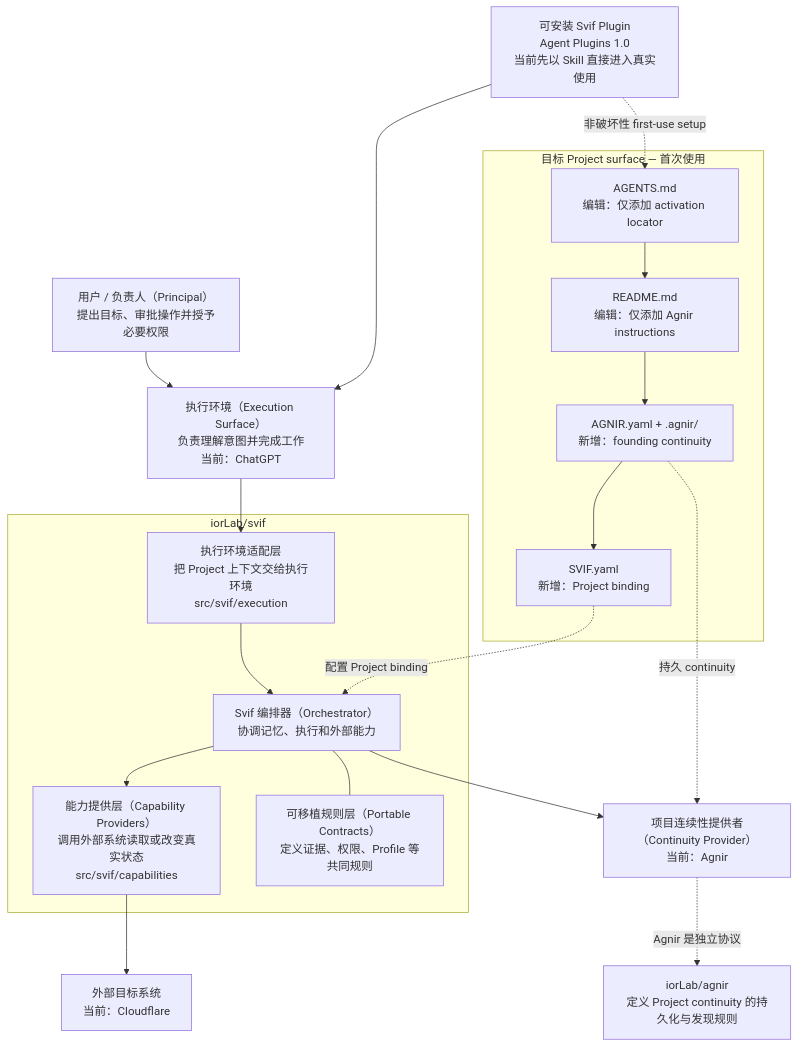
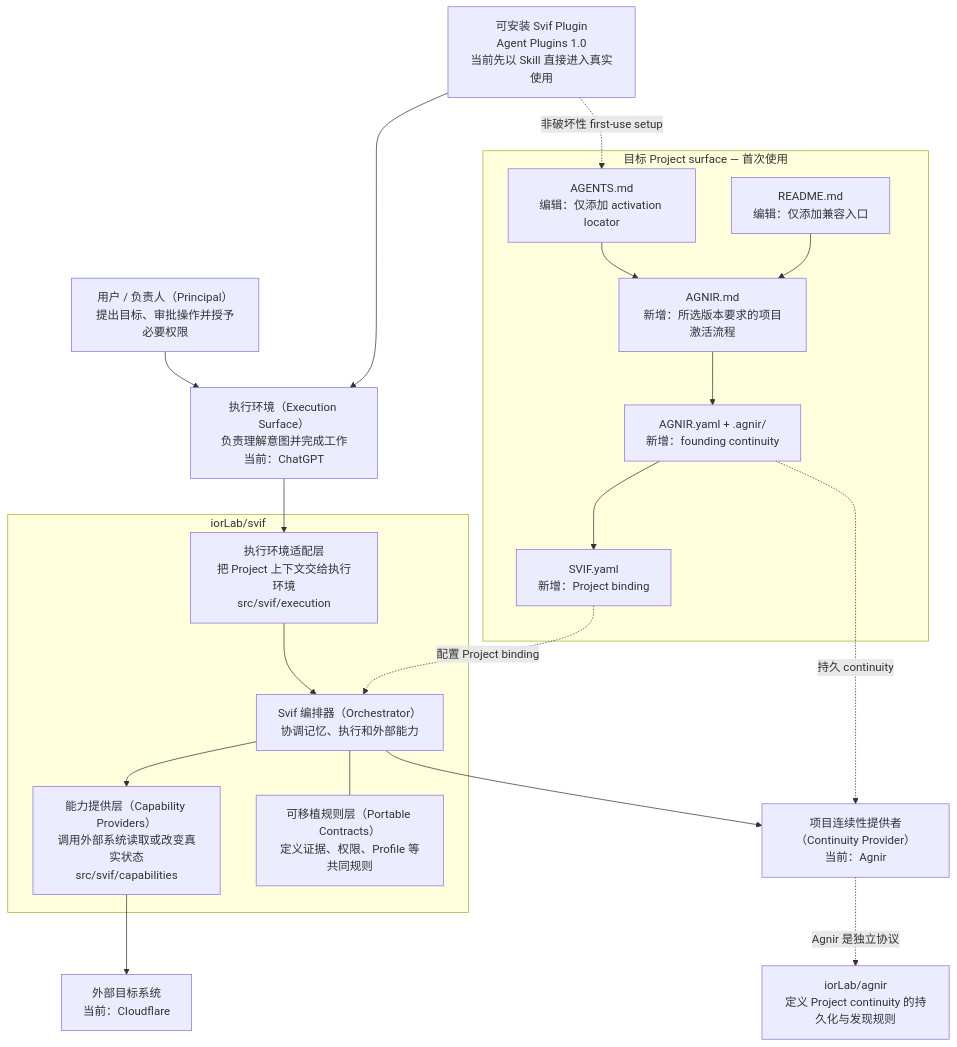
Before and after one commit to iorLab/svif: the first of 2 diagrams in README.zh-CN.md, drawn with Mermaid. The commit also changed other lines of this file and 11 other files, not shown here.

````diff
--- a/README.zh-CN.md
+++ b/README.zh-CN.md
@@ -83,32 +85,34 @@
 ```mermaid
 flowchart TB
     P["用户 / 负责人（Principal）<br/>提出目标、审批操作并授予必要权限"] --> E["执行环境（Execution Surface）<br/>负责理解意图并完成工作<br/>当前：ChatGPT"]
     D["可安装 Svif Plugin<br/>Agent Plugins 1.0<br/>当前先以 Skill 直接进入真实使用"] --> E
 
     subgraph T["目标 Project surface — 首次使用"]
         G["AGENTS.md<br/>编辑：仅添加 activation locator"]
-        H["README.md<br/>编辑：仅添加 Agnir instructions"]
+        H["README.md<br/>编辑：仅添加兼容入口"]
+        A0["AGNIR.md<br/>新增：所选版本要求的项目激活流程"]
         Q["AGNIR.yaml + .agnir/<br/>新增：founding continuity"]
         B["SVIF.yaml<br/>新增：Project binding"]
-        G --> H --> Q --> B
+        G --> A0 --> Q --> B
+        H --> A0
     end
 
     D -. "非破坏性 first-use setup" .-> G
 
     subgraph S["iorLab/svif"]
         X["执行环境适配层<br/>把 Project 上下文交给执行环境<br/>src/svif/execution"]
         O["Svif 编排器（Orchestrator）<br/>协调记忆、执行和外部能力"]
         K["能力提供层（Capability Providers）<br/>调用外部系统读取或改变真实状态<br/>src/svif/capabilities"]
         R["可移植规则层（Portable Contracts）<br/>定义证据、权限、Profile 等共同规则"]
         X --> O
         O --> K
         O --- R
     end
 
     E --> X
     B -. "配置 Project binding" .-> O
     Q -. "持久 continuity" .-> C["项目连续性提供者（Continuity Provider）<br/>当前：Agnir"]
     O --> C
     K --> F["外部目标系统<br/>当前：Cloudflare"]
     C -. "Agnir 是独立协议" .-> A["iorLab/agnir<br/>定义 Project continuity 的持久化与发现规则"]
 ```
````
